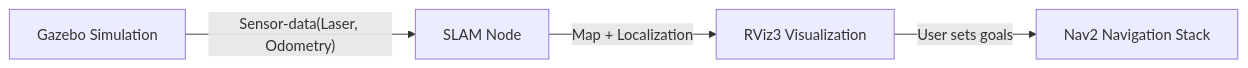
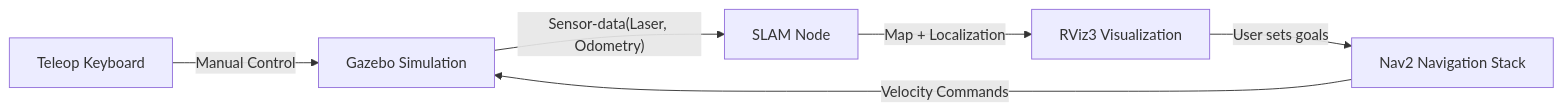
One commit to Ngigi33/Gazebo-Rviz2-Simulation-SLAM-and-Navigation changed the diagram in README.md. Above: the diagram before and after it, drawn with Mermaid.

````diff
--- a/README.md
+++ b/README.md
@@ -28,6 +28,8 @@
 ```mermaid
 flowchart LR
      A[Gazebo Simulation] --Sensor-data(Laser, Odometry)-->B[SLAM Node];
      B --Map + Localization-->C[RViz3 Visualization];
-     C -->|User sets goals| D[Nav2 Navigation Stack]
+     C -->|User sets goals| D[Nav2 Navigation Stack];
+     D -->|Velocity Commands| A
+     E[Teleop Keyboard] -->|Manual Control| A
 ```
````
